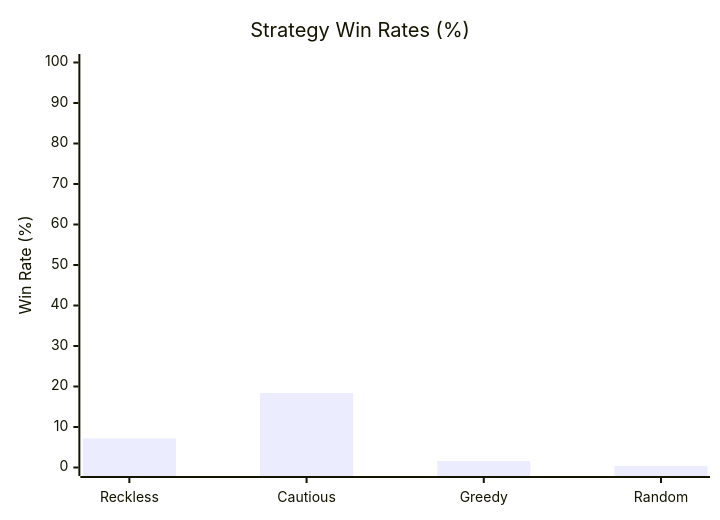
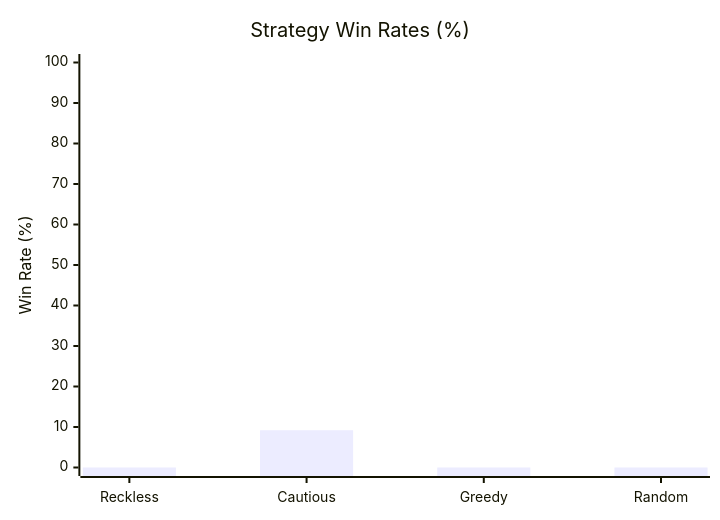
The diagram in packages/monstrous_sim/reports/report.md (JACE062/TheMonstrousSea2), drawn with Mermaid before and after one commit. The commit also changed other lines of this file and 68 other files, not shown here.

````diff
--- a/packages/monstrous_sim/reports/report.md
+++ b/packages/monstrous_sim/reports/report.md
@@ -18,7 +18,7 @@
 ```mermaid
 xychart-beta
     title "Strategy Win Rates (%)"
     x-axis ["Reckless", "Cautious", "Greedy", "Random"]
     y-axis "Win Rate (%)" 0 --> 100
-    bar [7.2, 18.4, 1.6, 0.4]
+    bar [0.0, 9.2, 0.0, 0.0]
 ```
````
